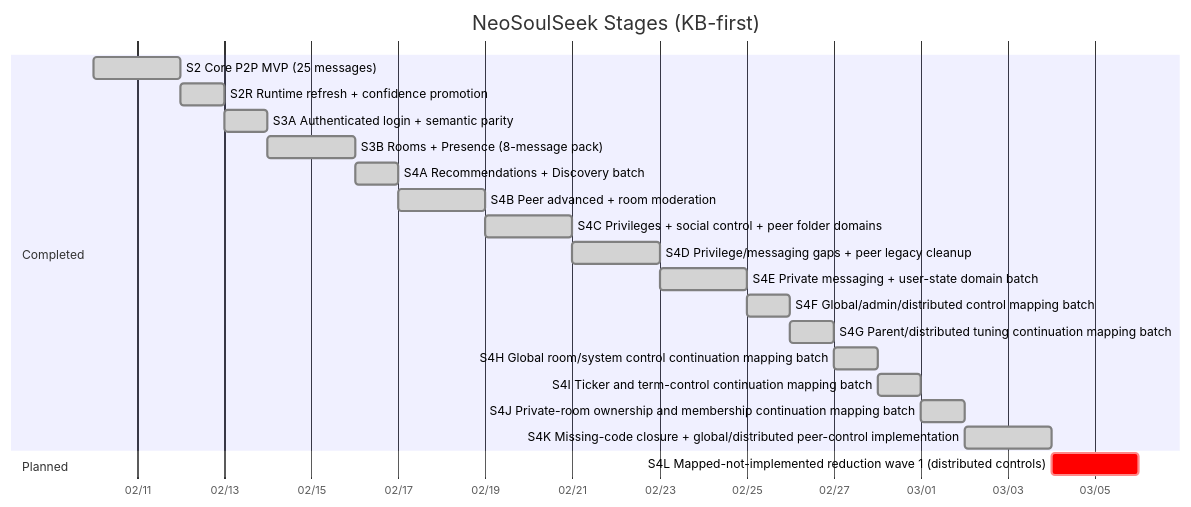
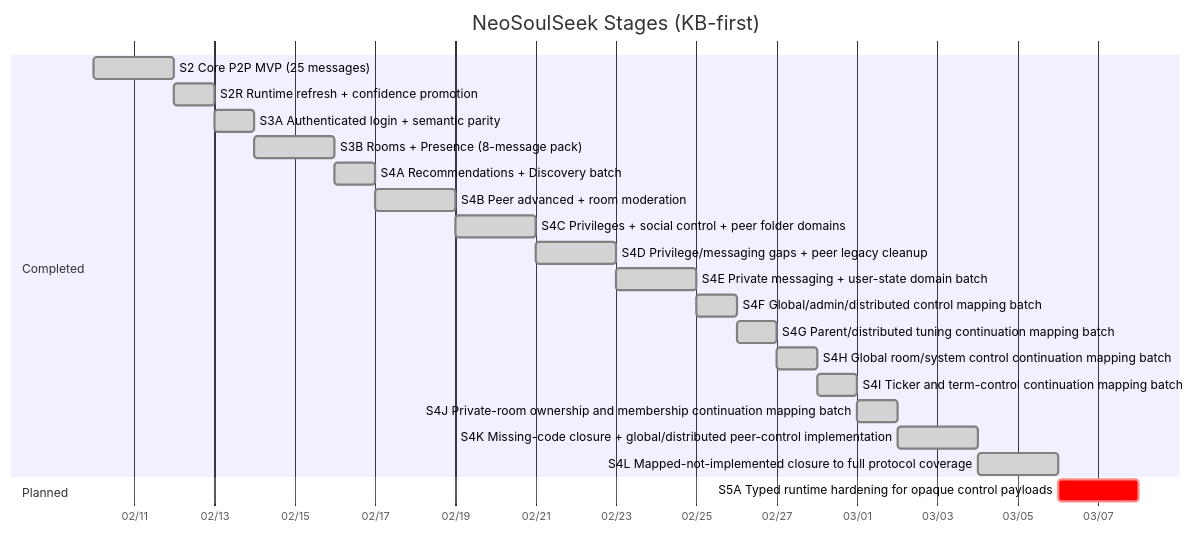
One commit to fedejinich/nss changed the first of 5 diagrams in docs/state/roadmap.md. Above: the diagram before and after it, drawn with Mermaid. The commit also changed other lines of this file and 9 other files, not shown here.

Commit message:
s4l: close mapped-not-implemented protocol coverage

````diff
--- a/docs/state/roadmap.md
+++ b/docs/state/roadmap.md
@@ -9,24 +9,25 @@
 ```mermaid
 gantt
     title NeoSoulSeek Stages (KB-first)
     dateFormat  YYYY-MM-DD
     axisFormat  %m/%d
     section Completed
     S2 Core P2P MVP (25 messages) :done, s2, 2026-02-10, 2d
     S2R Runtime refresh + confidence promotion :done, s2r, after s2, 1d
     S3A Authenticated login + semantic parity :done, s3a, after s2r, 1d
     S3B Rooms + Presence (8-message pack) :done, s3b, 2026-02-14, 2d
     S4A Recommendations + Discovery batch :done, s4a, after s3b, 1d
     S4B Peer advanced + room moderation :done, s4b, after s4a, 2d
     S4C Privileges + social control + peer folder domains :done, s4c, after s4b, 2d
     S4D Privilege/messaging gaps + peer legacy cleanup :done, s4d, after s4c, 2d
     S4E Private messaging + user-state domain batch :done, s4e, after s4d, 2d
     S4F Global/admin/distributed control mapping batch :done, s4f, after s4e, 1d
     S4G Parent/distributed tuning continuation mapping batch :done, s4g, after s4f, 1d
     S4H Global room/system control continuation mapping batch :done, s4h, after s4g, 1d
     S4I Ticker and term-control continuation mapping batch :done, s4i, after s4h, 1d
     S4J Private-room ownership and membership continuation mapping batch :done, s4j, after s4i, 1d
     S4K Missing-code closure + global/distributed peer-control implementation :done, s4k, after s4j, 2d
+    S4L Mapped-not-implemented closure to full protocol coverage :done, s4l, after s4k, 2d
     section Planned
-    S4L Mapped-not-implemented reduction wave 1 (distributed controls) :crit, s4l, after s4k, 2d
+    S5A Typed runtime hardening for opaque control payloads :crit, s5a, after s4l, 2d
 ```
````
